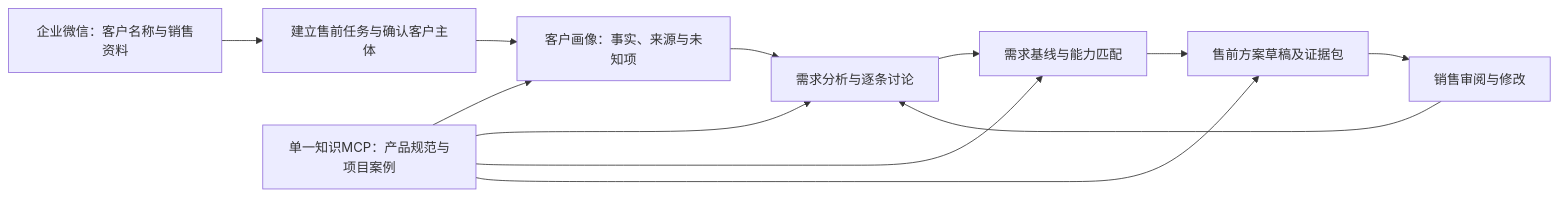
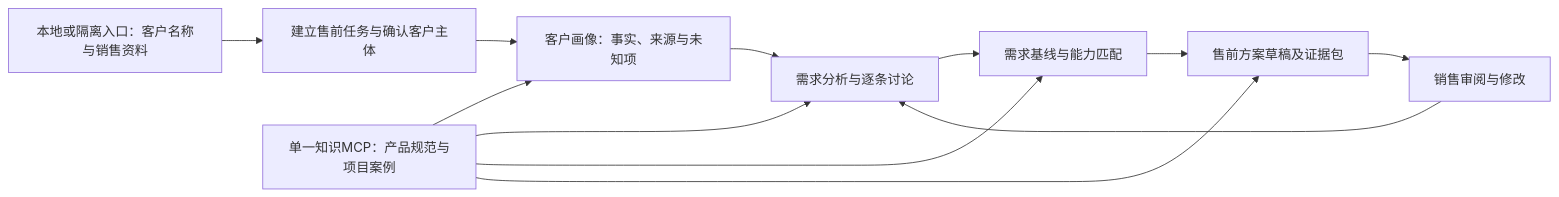
The first of 2 diagrams in docs/03-业务Agent产品与开发方案.md (Mikajin1206/knowledge-distillation), drawn with Mermaid before and after one commit. The commit also changed other lines of this file and 15 other files, not shown here.

````diff
--- a/docs/03-业务Agent产品与开发方案.md
+++ b/docs/03-业务Agent产品与开发方案.md
@@ -41,14 +41,14 @@
 ```mermaid
 flowchart LR
-    A[企业微信：客户名称与销售资料] --> B[建立售前任务与确认客户主体]
+    A[本地或隔离入口：客户名称与销售资料] --> B[建立售前任务与确认客户主体]
     B --> C[客户画像：事实、来源与未知项]
     C --> D[需求分析与逐条讨论]
     D --> E[需求基线与能力匹配]
     E --> F[售前方案草稿及证据包]
     F --> G[销售审阅与修改]
     G --> D
     H[单一知识MCP：产品规范与项目案例] --> C
     H --> D
     H --> E
     H --> F
 ```
````
